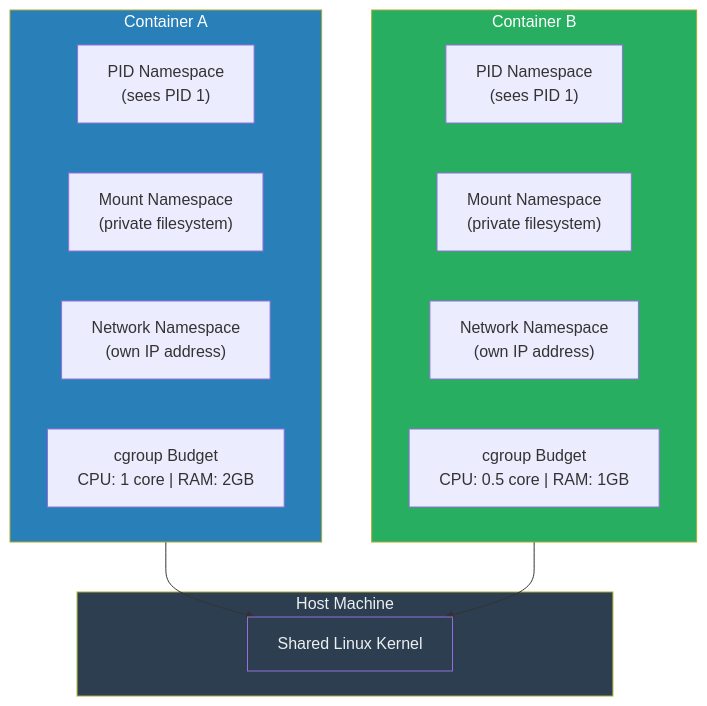
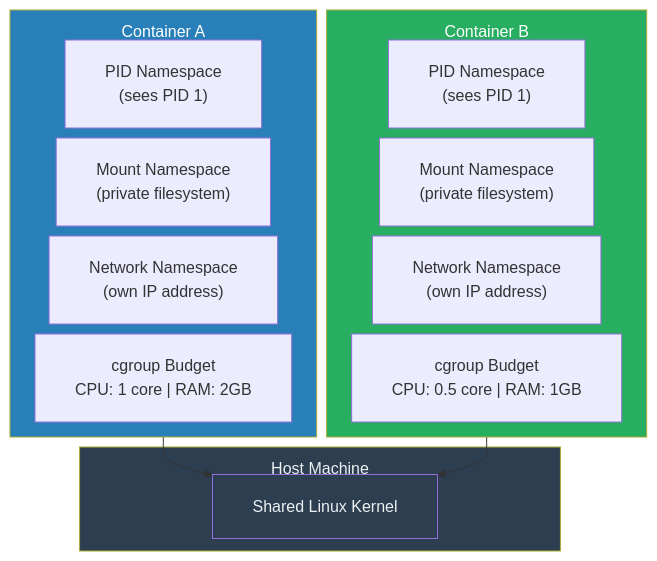
The third of 4 diagrams in Chapter_1_Expanded.md (Alnour/kube_book), drawn with Mermaid before and after one commit. The commit also changed other lines of this file and 7 other files, not shown here.

First line of the commit message:
Fix Mermaid diagram sizing, layout, and label rendering

````diff
--- a/Chapter_1_Expanded.md
+++ b/Chapter_1_Expanded.md
@@ -122,28 +124,29 @@
 ```mermaid
+%%{init: {'flowchart': {'nodeSpacing': 10, 'rankSpacing': 25, 'padding': 20, 'subGraphTitleMargin': {'top': 10, 'bottom': 5}}}}%%
 graph TB
     subgraph Container_A["Container A"]
-        PID_A["PID Namespace\n(sees PID 1)"]
-        MNT_A["Mount Namespace\n(private filesystem)"]
-        NET_A["Network Namespace\n(own IP address)"]
-        CG_A["cgroup Budget\nCPU: 1 core | RAM: 2GB"]
+        PID_A["PID Namespace<br/>(sees PID 1)"]
+        MNT_A["Mount Namespace<br/>(private filesystem)"]
+        NET_A["Network Namespace<br/>(own IP address)"]
+        CG_A["cgroup Budget<br/>CPU: 1 core | RAM: 2GB"]
     end
 
     subgraph Container_B["Container B"]
-        PID_B["PID Namespace\n(sees PID 1)"]
-        MNT_B["Mount Namespace\n(private filesystem)"]
-        NET_B["Network Namespace\n(own IP address)"]
-        CG_B["cgroup Budget\nCPU: 0.5 core | RAM: 1GB"]
+        PID_B["PID Namespace<br/>(sees PID 1)"]
+        MNT_B["Mount Namespace<br/>(private filesystem)"]
+        NET_B["Network Namespace<br/>(own IP address)"]
+        CG_B["cgroup Budget<br/>CPU: 0.5 core | RAM: 1GB"]
     end
 
     subgraph Host["Host Machine"]
         Kernel["Shared Linux Kernel"]
     end
 
     Container_A --> Kernel
     Container_B --> Kernel
 
     style Host fill:#2c3e50,color:#ecf0f1
     style Kernel fill:#2c3e50,color:#ecf0f1
     style Container_A fill:#2980b9,color:#fff
     style Container_B fill:#27ae60,color:#fff
 ```
````
